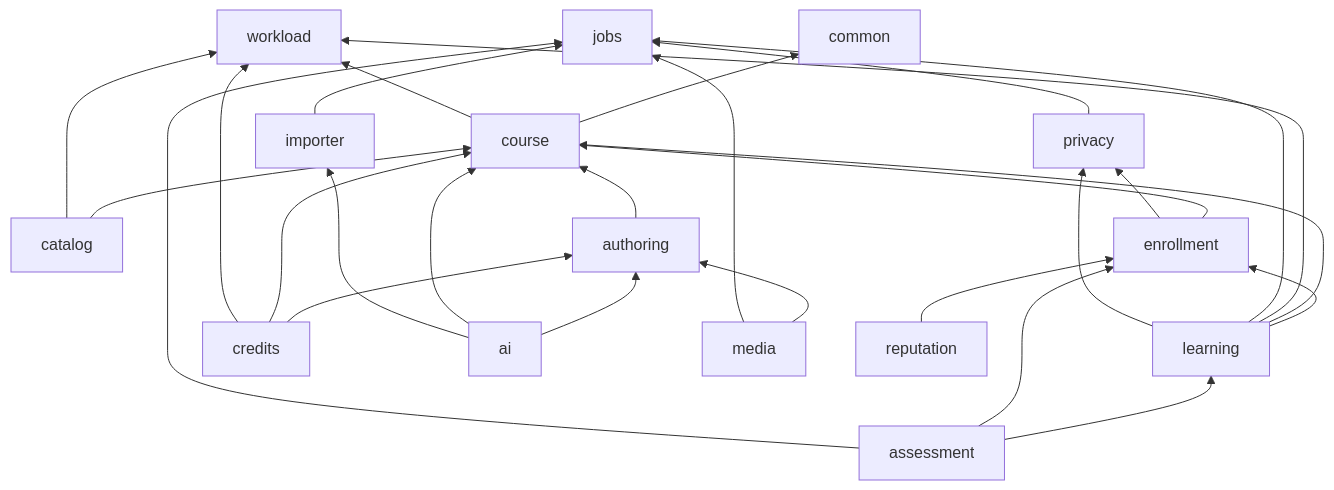
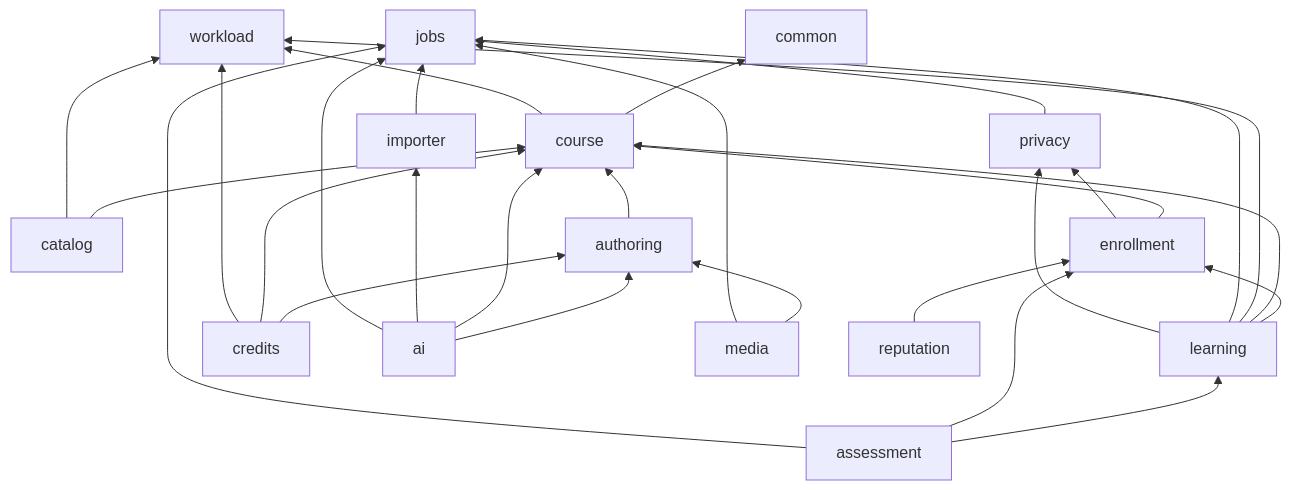
Before and after one commit to wasichai/elearning-backend: the second of 3 diagrams in docs/architecture/overview.md, drawn with Mermaid. The commit also changed 11 other files, not shown here.

````diff
--- a/docs/architecture/overview.md
+++ b/docs/architecture/overview.md
@@ -115,33 +115,34 @@
 ```mermaid
 flowchart BT
     common
     workload
     jobs
     course --> common
     course --> workload
     catalog --> course
     catalog --> workload
     enrollment --> course
     enrollment --> privacy
     privacy --> jobs
     learning --> enrollment
     learning --> course
     learning --> workload
     learning --> jobs
     learning --> privacy
     assessment --> learning
     assessment --> enrollment
     assessment --> jobs
     authoring --> course
     credits --> authoring
     credits --> course
     credits --> workload
     importer
     ai --> authoring
     ai --> course
     ai --> importer
+    ai --> jobs
     media --> authoring
     media --> jobs
     reputation --> enrollment
     importer --> jobs
 ```
````
